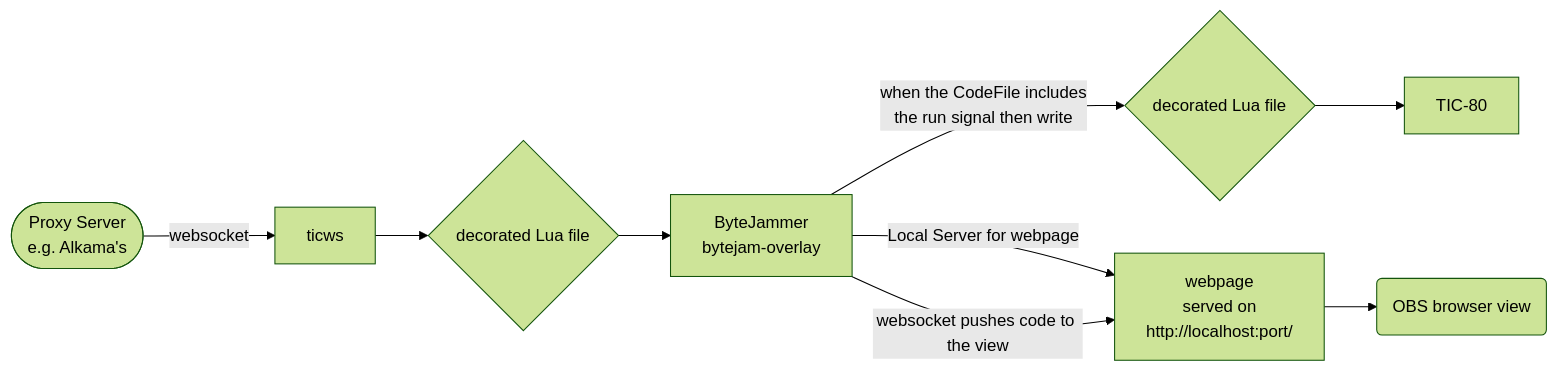
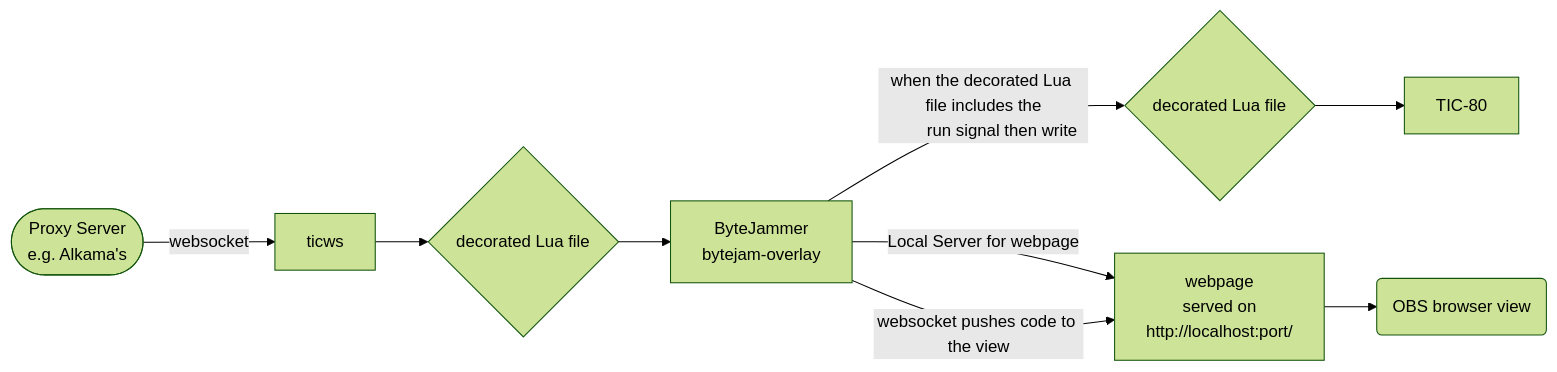
Before and after one commit to creativenucleus/bytejammer2: the diagram in readme.md, drawn with Mermaid (forest theme). The commit also changed other lines of this file, not shown here.

````diff
--- a/readme.md
+++ b/readme.md
@@ -70,18 +70,18 @@
 ```mermaid
 flowchart LR
     A([Proxy Server
         e.g. Alkama's
     ])
     A --> |websocket| B[ticws]
     B --> C{decorated Lua file}
     C --> D[ByteJammer
         bytejam-overlay]
-    D --> |when the CodeFile includes
-        the run signal then write|E{decorated Lua file}
+    D --> |when the decorated Lua file includes the
+        run signal then write|E{decorated Lua file}
     E --> H[TIC-80]
     D --> |Local Server for webpage|F[webpage
         served on
         http://localhost:port/]
     D --> |websocket pushes code to the view|F
     F --> G(OBS browser view)
 ```
````
